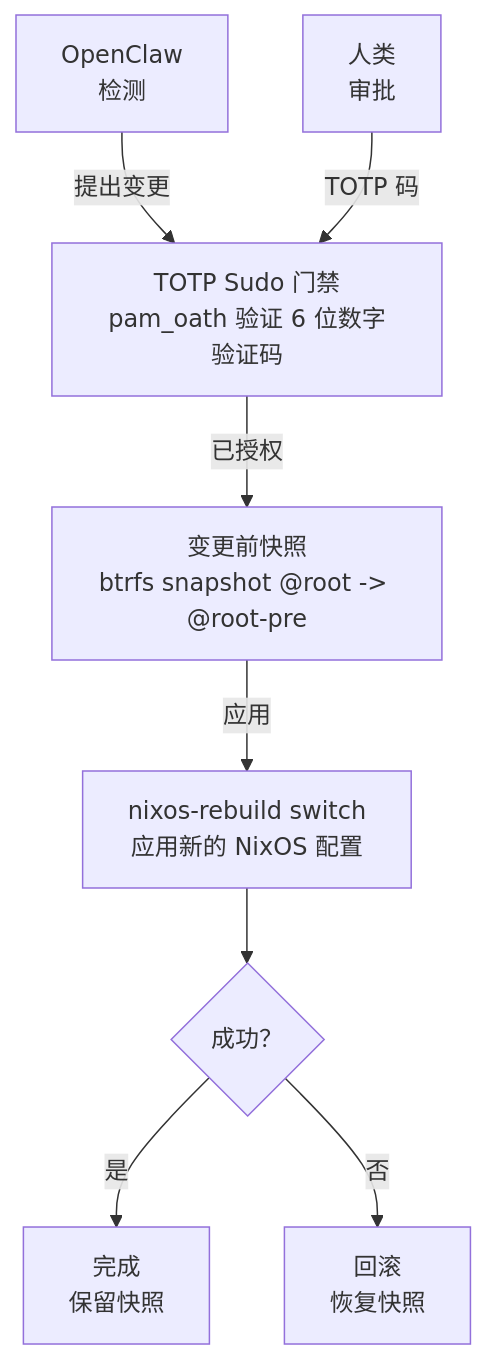
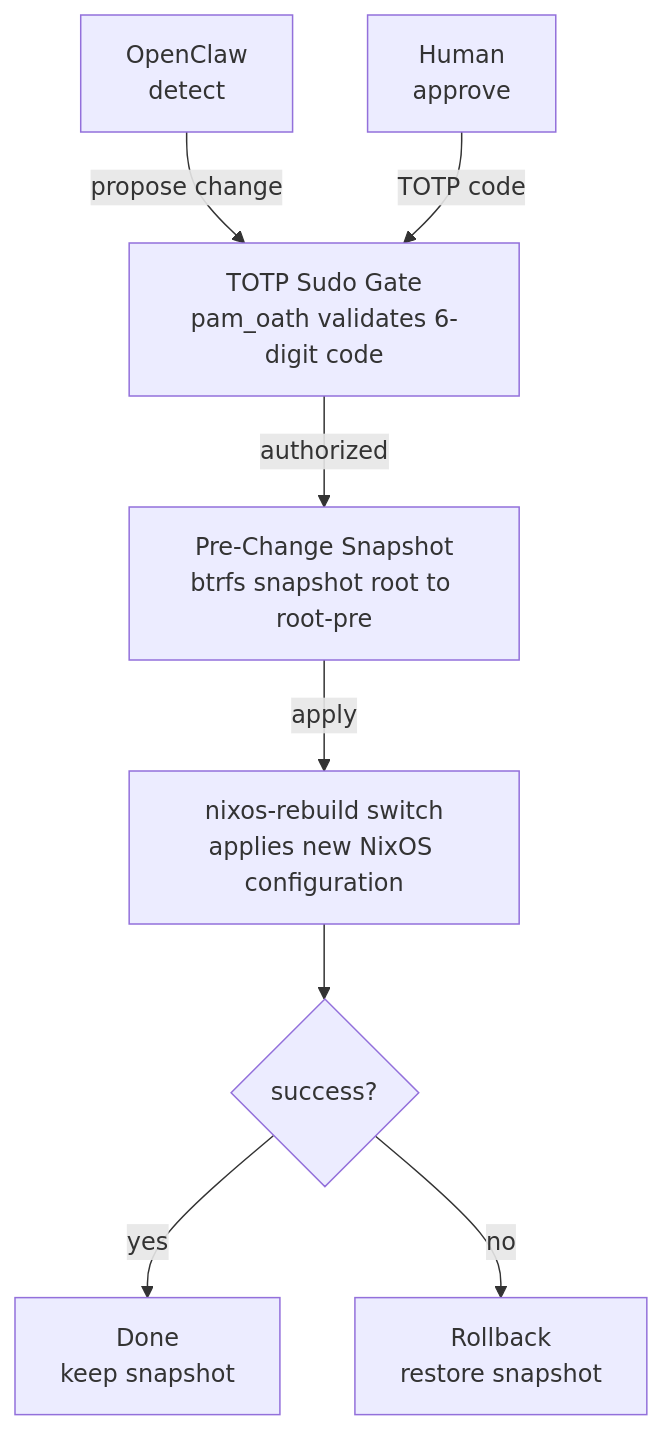
Before and after one commit to stars-labs/self-healing-nixos-infra: the fifth of 12 diagrams in i18n/zh/docusaurus-plugin-content-docs/current/architecture.md, drawn with Mermaid. The commit also changed other lines of this file and 15 other files, not shown here.

First line of the commit message:
Fix Mermaid parse errors in Chinese docs

````diff
--- a/i18n/zh/docusaurus-plugin-content-docs/current/architecture.md
+++ b/i18n/zh/docusaurus-plugin-content-docs/current/architecture.md
@@ -169,10 +169,10 @@
 ```mermaid
 flowchart TB
-    A[OpenClaw<br/>检测] -->|提出变更| B[TOTP Sudo 门禁<br/>pam_oath 验证 6 位数字验证码]
-    C[人类<br/>审批] -->|TOTP 码| B
-    B -->|已授权| D[变更前快照<br/>btrfs snapshot @root -> @root-pre]
-    D -->|应用| E[nixos-rebuild switch<br/>应用新的 NixOS 配置]
-    E --> F{成功？}
-    F -->|是| G[完成<br/>保留快照]
-    F -->|否| H[回滚<br/>恢复快照]
+    A[OpenClaw<br/>detect] -->|propose change| B[TOTP Sudo Gate<br/>pam_oath validates 6-digit code]
+    C[Human<br/>approve] -->|TOTP code| B
+    B -->|authorized| D[Pre-Change Snapshot<br/>btrfs snapshot root to root-pre]
+    D -->|apply| E[nixos-rebuild switch<br/>applies new NixOS configuration]
+    E --> F{success?}
+    F -->|yes| G[Done<br/>keep snapshot]
+    F -->|no| H[Rollback<br/>restore snapshot]
 ```
````
